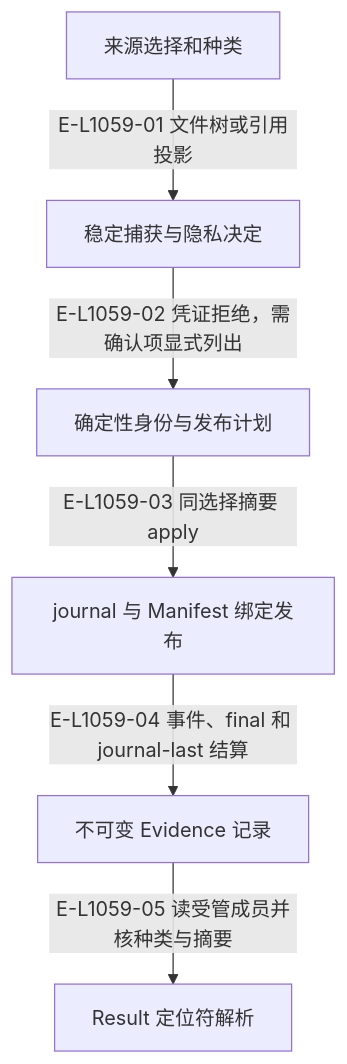
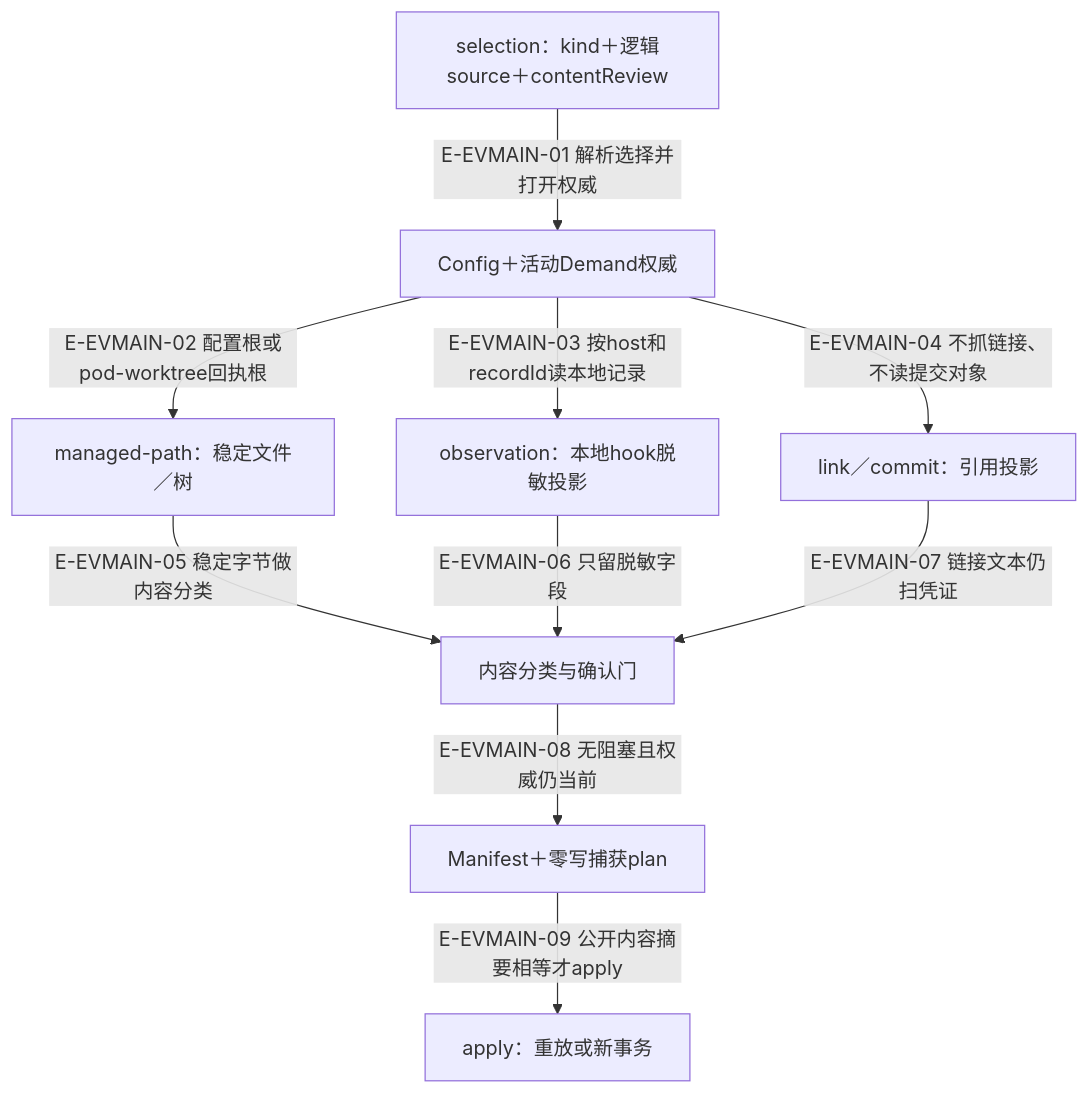
The diagram in wakeflow-architecture-atlas/maps/14-evidence/README.md (GxFn/Wakeflow), drawn with Mermaid before and after one commit. The commit also changed other lines of this file and 76 other files, not shown here.

First line of the commit message:
docs(atlas): refresh architecture maps for the rc.5 codebase

````diff
--- a/wakeflow-architecture-atlas/maps/14-evidence/README.md
+++ b/wakeflow-architecture-atlas/maps/14-evidence/README.md
@@ -145,16 +47,22 @@
 ```mermaid
 flowchart TB
-  accTitle: 受管证据从选择到结果消费
-  accDescr: 受管证据从选择到结果消费；箭头区分当前代码步骤、返回事实与明确的条件。
-  select["来源选择和种类"]
-  capture["稳定捕获与隐私决定"]
-  plan["确定性身份与发布计划"]
-  publish["journal 与 Manifest 绑定发布"]
-  record["不可变 Evidence 记录"]
-  review["Result 定位符解析"]
-  select -->|"E-L1059-01 文件树或引用投影"| capture
-  capture -->|"E-L1059-02 凭证拒绝，需确认项显式列出"| plan
-  plan -->|"E-L1059-03 同选择摘要 apply"| publish
-  publish -->|"E-L1059-04 事件、final 和 journal-last 结算"| record
-  record -->|"E-L1059-05 读受管成员并核种类与摘要"| review
+  accTitle: 捕获主线：选择、零写观察、内容门、发布
+  accDescr: 四类来源分别读取真实字节或渲染引用投影，经内容门和权威复验形成计划，apply才产生发布效果。
+  a["selection：kind＋逻辑source＋contentReview"]
+  b["Config＋活动Demand权威"]
+  c["managed-path：稳定文件／树"]
+  d["observation：本地hook脱敏投影"]
+  r["link／commit：引用投影"]
+  v["内容分类与确认门"]
+  p["Manifest＋零写捕获plan"]
+  f["apply：重放或新事务"]
+  a -->|"E-EVMAIN-01 解析选择并打开权威"| b
+  b -->|"E-EVMAIN-02 配置根或pod-worktree回执根"| c
+  b -->|"E-EVMAIN-03 按host和recordId读本地记录"| d
+  b -->|"E-EVMAIN-04 不抓链接、不读提交对象"| r
+  c -->|"E-EVMAIN-05 稳定字节做内容分类"| v
+  d -->|"E-EVMAIN-06 只留脱敏字段"| v
+  r -->|"E-EVMAIN-07 链接文本仍扫凭证"| v
+  v -->|"E-EVMAIN-08 无阻塞且权威仍当前"| p
+  p -->|"E-EVMAIN-09 公开内容摘要相等才apply"| f
 ```
````
